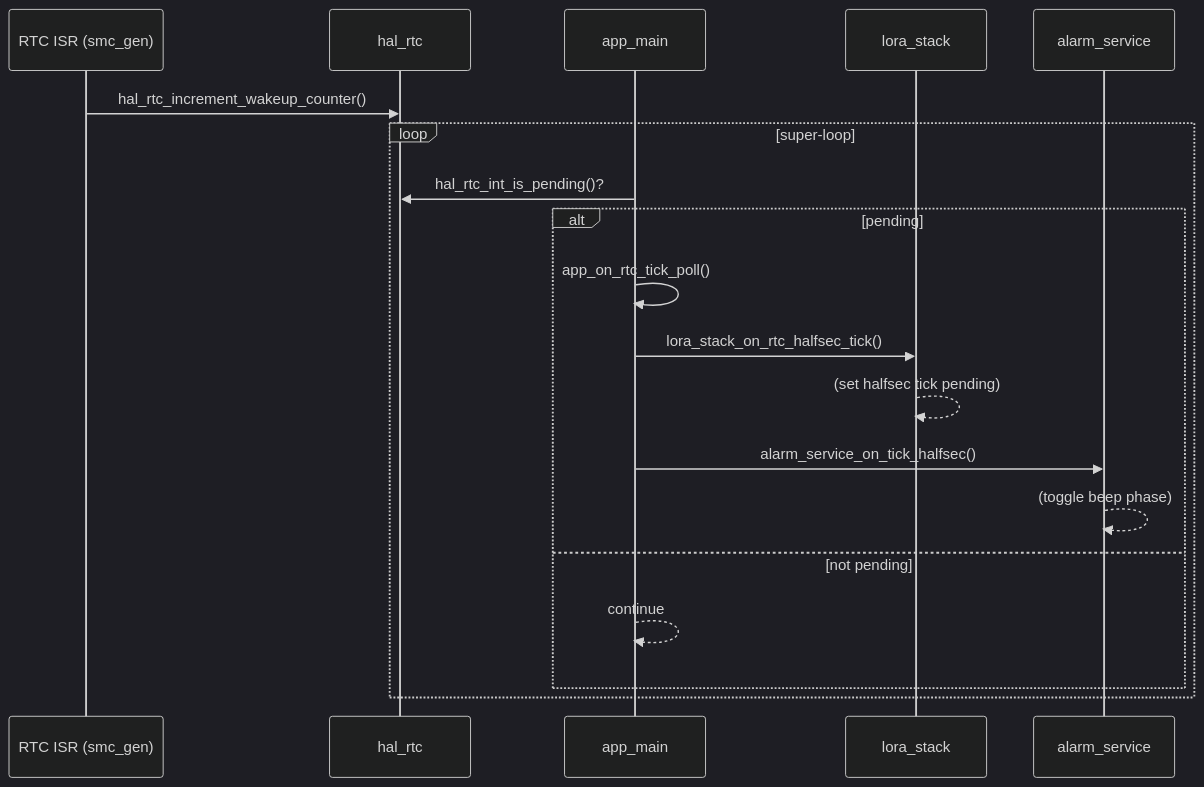
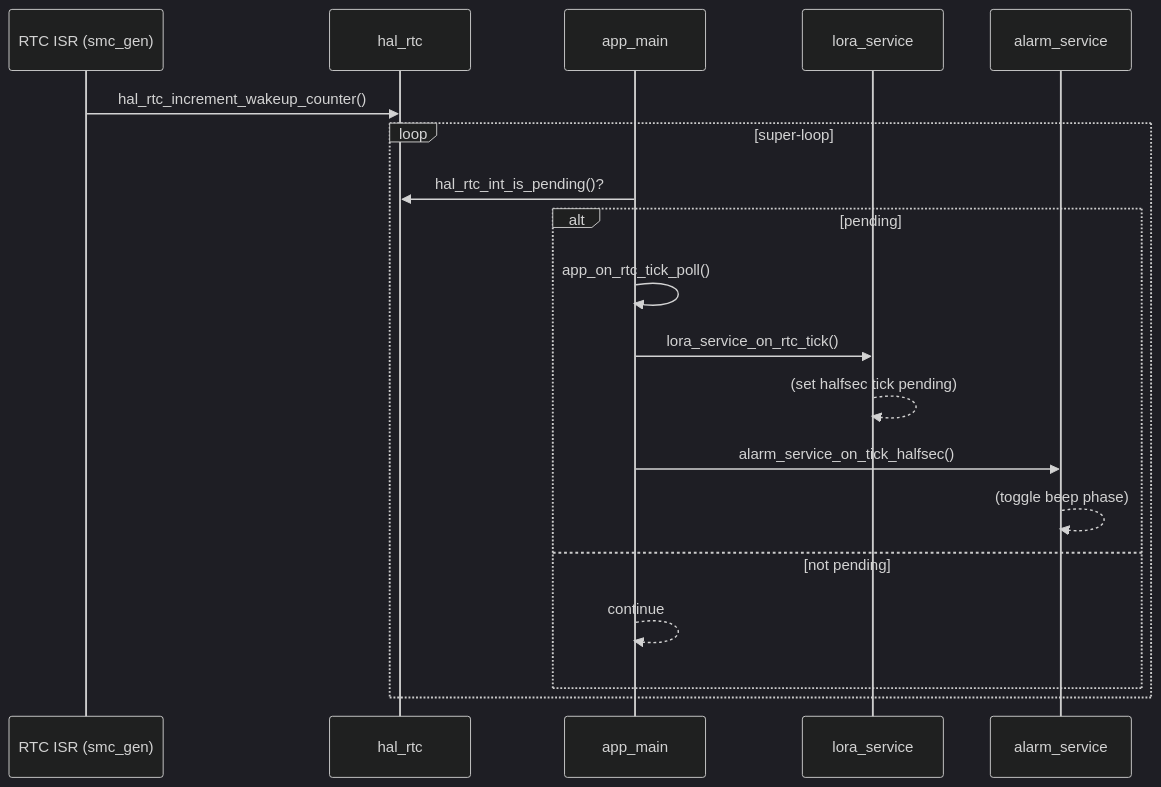
Before and after one commit to vuvantruong120896/emic_lora_protocol: the eighth of 10 diagrams in EMIC_LORA_PROTOCOL/docs/layer_call_flow.md, drawn with Mermaid (dark theme). The commit also changed other lines of this file and 41 other files, not shown here.

````diff
--- a/EMIC_LORA_PROTOCOL/docs/layer_call_flow.md
+++ b/EMIC_LORA_PROTOCOL/docs/layer_call_flow.md
@@ -293,23 +371,23 @@
 ```mermaid
 sequenceDiagram
   participant ISR as RTC ISR (smc_gen)
   participant HAL as hal_rtc
   participant APP as app_main
-  participant STACK as lora_stack
+  participant SVC as lora_service
   participant ALARM as alarm_service
 
   ISR->>HAL: hal_rtc_increment_wakeup_counter()
 
   loop super-loop
     APP->>HAL: hal_rtc_int_is_pending()?
     alt pending
       APP->>APP: app_on_rtc_tick_poll()
-      APP->>STACK: lora_stack_on_rtc_halfsec_tick()
-      STACK-->>STACK: (set halfsec tick pending)
+      APP->>SVC: lora_service_on_rtc_tick()
+      SVC-->>SVC: (set halfsec tick pending)
       APP->>ALARM: alarm_service_on_tick_halfsec()
       ALARM-->>ALARM: (toggle beep phase)
     else not pending
       APP-->>APP: continue
     end
   end
 ```
````
